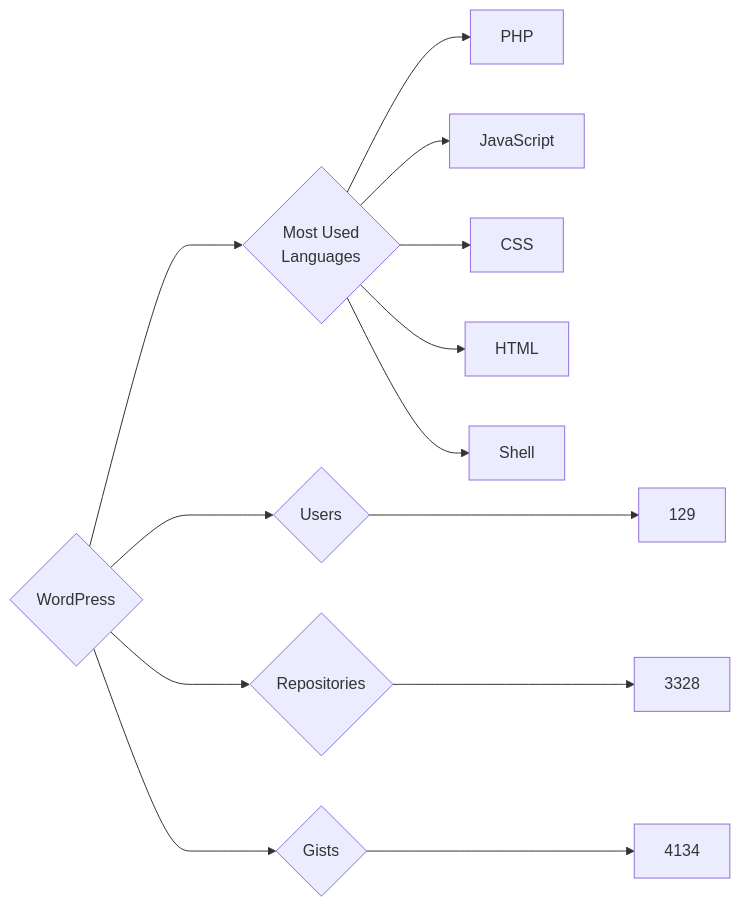
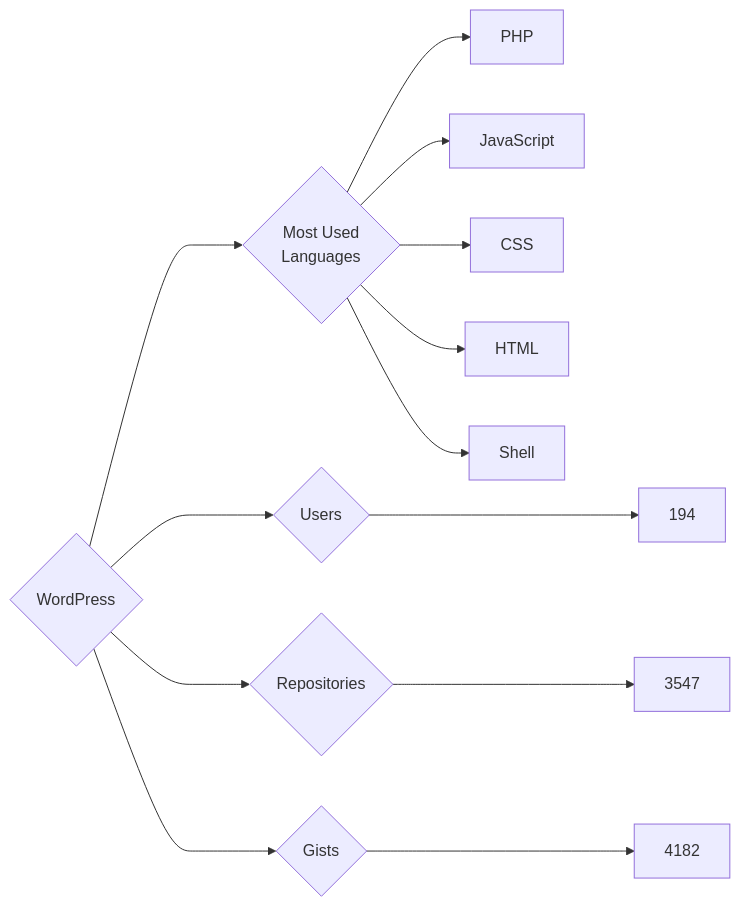
One commit to trickest/insiders changed the diagram in targets/WordPress/README.md. Above: the diagram before and after it, drawn with Mermaid. The commit also changed 912 other files, not shown here.

````diff
--- a/targets/WordPress/README.md
+++ b/targets/WordPress/README.md
@@ -3,13 +3,13 @@
 ```mermaid
 graph LR
 COMPANY_NAME{WordPress}
-COMPANY_NAME ---> U{Users} ---> UN[129]
-COMPANY_NAME ---> R{Repositories} ---> RN[3328]
-COMPANY_NAME ---> G{Gists} ---> GN[4134]
+COMPANY_NAME ---> U{Users} ---> UN[194]
+COMPANY_NAME ---> R{Repositories} ---> RN[3547]
+COMPANY_NAME ---> G{Gists} ---> GN[4182]
 COMPANY_NAME ---> ML{Most Used<br>Languages}
 ML --> PHP[PHP]
 ML --> JavaScript[JavaScript]
 ML --> CSS[CSS]
 ML --> HTML[HTML]
 ML --> Shell[Shell]
 ```
````
